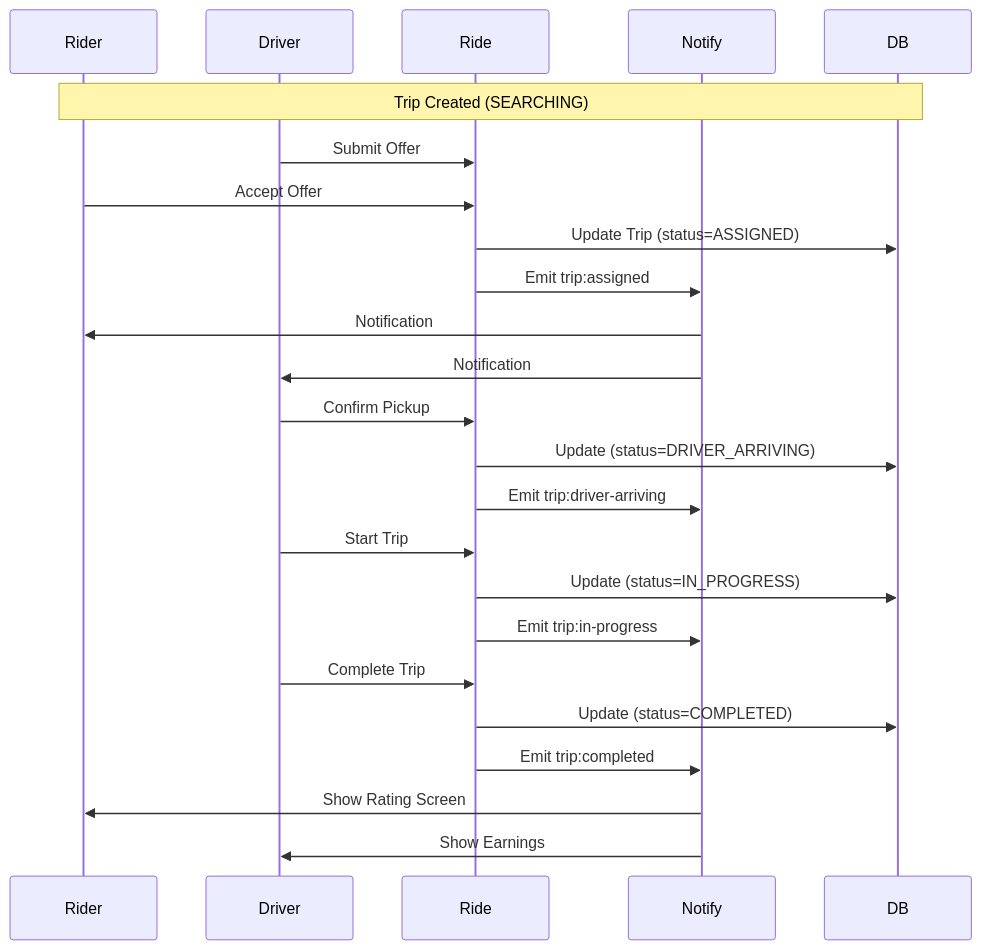
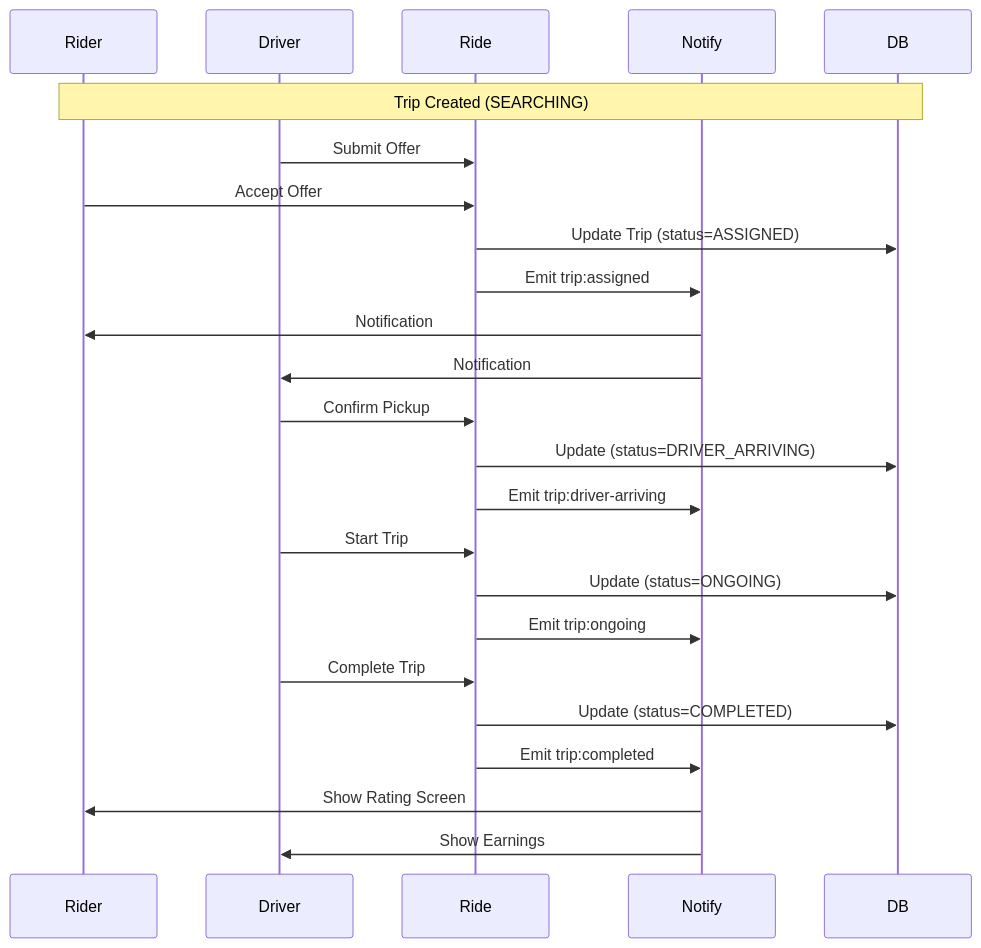
One commit to 13x54n/Eve changed the ninth of 11 diagrams in ARCHITECTURE.md. Above: the diagram before and after it, drawn with Mermaid. The commit also changed other lines of this file and 2 other files, not shown here.

Commit message:
docs: align architecture with implementation

````diff
--- a/ARCHITECTURE.md
+++ b/ARCHITECTURE.md
@@ -558,30 +562,30 @@
 ```mermaid
 sequenceDiagram
     participant Rider
     participant Driver
     participant Ride
     participant Notify
     participant DB
 
     Note over Rider,DB: Trip Created (SEARCHING)
     Driver->>Ride: Submit Offer
     Rider->>Ride: Accept Offer
     Ride->>DB: Update Trip (status=ASSIGNED)
     Ride->>Notify: Emit trip:assigned
     Notify->>Rider: Notification
     Notify->>Driver: Notification
     
     Driver->>Ride: Confirm Pickup
     Ride->>DB: Update (status=DRIVER_ARRIVING)
     Ride->>Notify: Emit trip:driver-arriving
     
     Driver->>Ride: Start Trip
-    Ride->>DB: Update (status=IN_PROGRESS)
-    Ride->>Notify: Emit trip:in-progress
+    Ride->>DB: Update (status=ONGOING)
+    Ride->>Notify: Emit trip:ongoing
     
     Driver->>Ride: Complete Trip
     Ride->>DB: Update (status=COMPLETED)
     Ride->>Notify: Emit trip:completed
     Notify->>Rider: Show Rating Screen
     Notify->>Driver: Show Earnings
 ```
````
